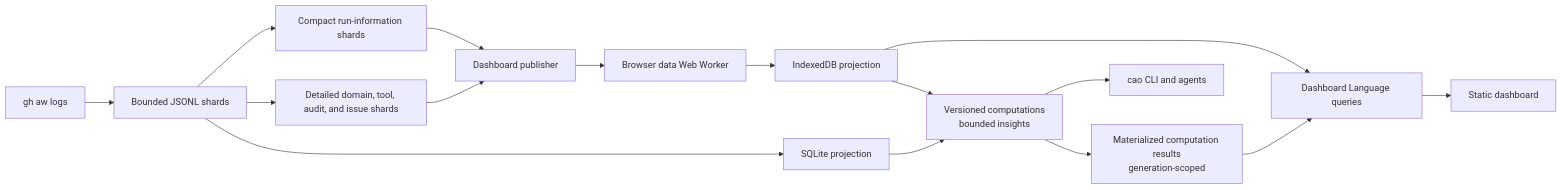
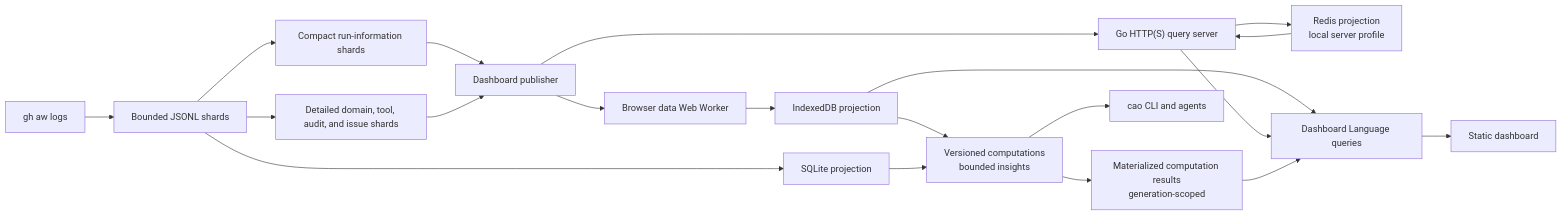
Before and after one commit to elefthei/gh-aw-cao: the second of 2 diagrams in ARCHITECTURE.md, drawn with Mermaid. The commit also changed other lines of this file and 45 other files, not shown here.

First line of the commit message:
Add Redis-backed Go dashboard server (#13671)

````diff
--- a/ARCHITECTURE.md
+++ b/ARCHITECTURE.md
@@ -70,29 +70,33 @@
 ```mermaid
 flowchart LR
     Logs["gh aw logs"]
     Shards["Bounded JSONL shards"]
     Runs["Compact run-information shards"]
     Records["Detailed domain, tool, audit, and issue shards"]
     SQLite["SQLite projection"]
     Publisher["Dashboard publisher"]
     Worker["Browser data Web Worker"]
     IndexedDB["IndexedDB projection"]
+    Redis["Redis projection<br/>local server profile"]
     Query["Dashboard Language queries"]
+    GoServer["Go HTTP(S) query server"]
     Compute["Versioned computations<br/>bounded insights"]
     Results["Materialized computation results<br/>generation-scoped"]
     UI["Static dashboard"]
     CLI["cao CLI and agents"]
 
     Logs --> Shards
     Shards --> SQLite
     Shards --> Runs
     Shards --> Records
     Runs --> Publisher
     Records --> Publisher --> Worker
     Worker --> IndexedDB
     IndexedDB --> Query
+    Publisher --> GoServer --> Redis
+    Redis --> GoServer --> Query
     IndexedDB --> Compute --> Results --> Query
     SQLite --> Compute
     Query --> UI
     Compute --> CLI
 ```
````
